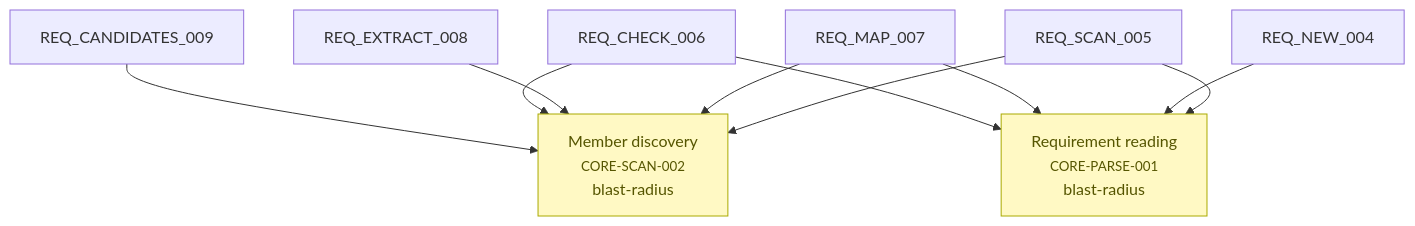
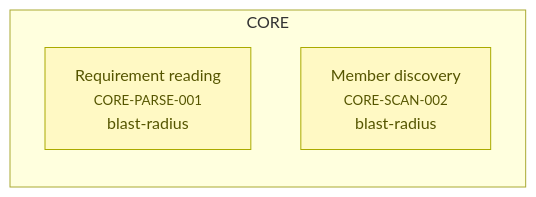
Before and after one commit to alxmax/Requirement-manager: the fifth of 5 diagrams in plugin/requirements/_map.md, drawn with Mermaid. The commit also changed other lines of this file and 3 other files, not shown here.

````diff
--- a/plugin/requirements/_map.md
+++ b/plugin/requirements/_map.md
@@ -161,16 +168,9 @@
 ```mermaid
-graph TD
-  CORE_PARSE_001["Requirement reading<br><small>CORE-PARSE-001</small><br>blast-radius"]
+graph LR
+  subgraph sg_CORE["CORE"]
+    CORE_PARSE_001["Requirement reading<br><small>CORE-PARSE-001</small><br>blast-radius"]
+    CORE_SCAN_002["Member discovery<br><small>CORE-SCAN-002</small><br>blast-radius"]
+  end
   style CORE_PARSE_001 fill:#fff9c4,stroke:#aa0,color:#550
-  CORE_SCAN_002["Member discovery<br><small>CORE-SCAN-002</small><br>blast-radius"]
   style CORE_SCAN_002 fill:#fff9c4,stroke:#aa0,color:#550
-  REQ_CANDIDATES_009 --> CORE_SCAN_002
-  REQ_CHECK_006 --> CORE_PARSE_001
-  REQ_CHECK_006 --> CORE_SCAN_002
-  REQ_EXTRACT_008 --> CORE_SCAN_002
-  REQ_MAP_007 --> CORE_PARSE_001
-  REQ_MAP_007 --> CORE_SCAN_002
-  REQ_NEW_004 --> CORE_PARSE_001
-  REQ_SCAN_005 --> CORE_PARSE_001
-  REQ_SCAN_005 --> CORE_SCAN_002
 ```
````
